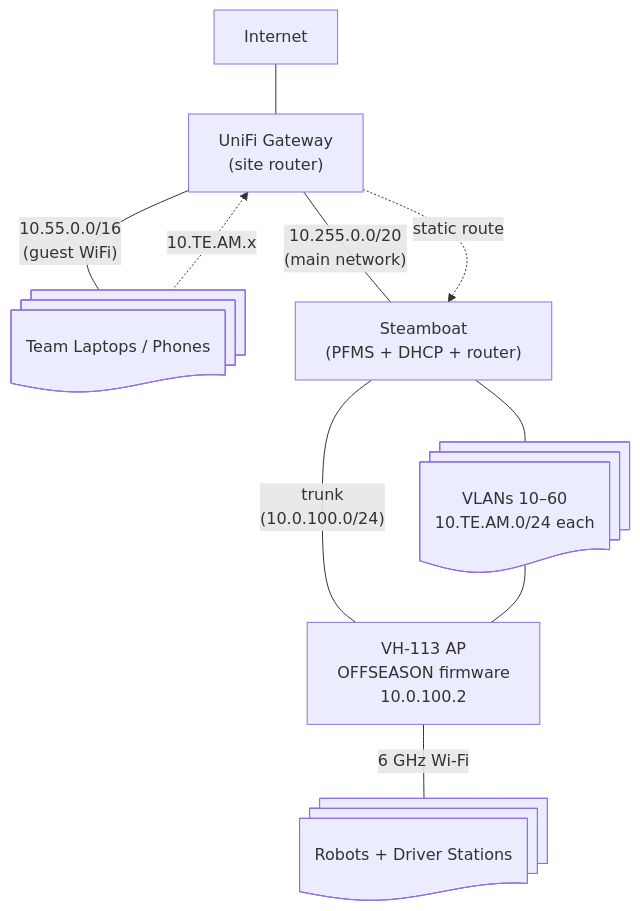
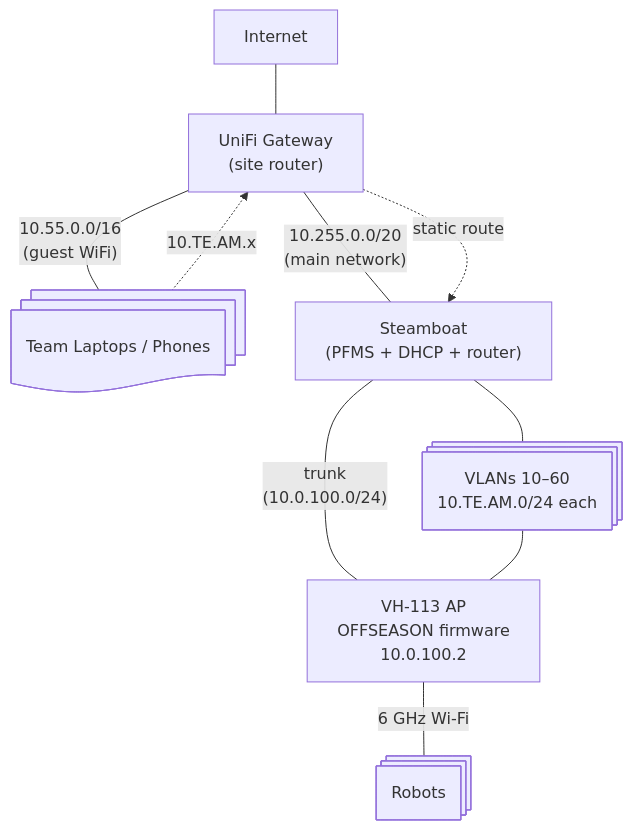
Before and after one commit to cinderblock/practice-field-wifi-configurator: the diagram in README.md, drawn with Mermaid. The commit also changed other lines of this file and 16 other files, not shown here.

````diff
--- a/README.md
+++ b/README.md
@@ -37,22 +37,22 @@
 ```mermaid
 graph TD
     Internet["Internet"]
     UFG["UniFi Gateway<br/>(site router)"]
     Laptops@{ shape: docs, label: "Team Laptops / Phones"}
     Steamboat["Steamboat<br/>(PFMS + DHCP + router)"]
     AP["VH-113 AP<br/>OFFSEASON firmware<br/>10.0.100.2"]
-    Robots@{ shape: docs, label: "Robots + Driver Stations"}
+    Robots@{ shape: st-rect, label: "Robots"}
 
     Internet --- UFG
 
     UFG -- "10.255.0.0/20<br/>(main network)" --- Steamboat
     UFG -- "10.55.0.0/16<br/>(guest WiFi)" --- Laptops
 
-    VLANs@{ shape: docs, label: "VLANs 10–60<br/>10.TE.AM.0/24 each"}
+    VLANs@{ shape: st-rect, label: "VLANs 10–60<br/>10.TE.AM.0/24 each"}
 
     Steamboat -- "trunk<br/>(10.0.100.0/24)" --- AP
     Steamboat --- VLANs --- AP
     AP -- "6 GHz Wi-Fi" --- Robots
 
     Laptops -. "10.TE.AM.x" .-> UFG -. "static route" .-> Steamboat
 ```
````
